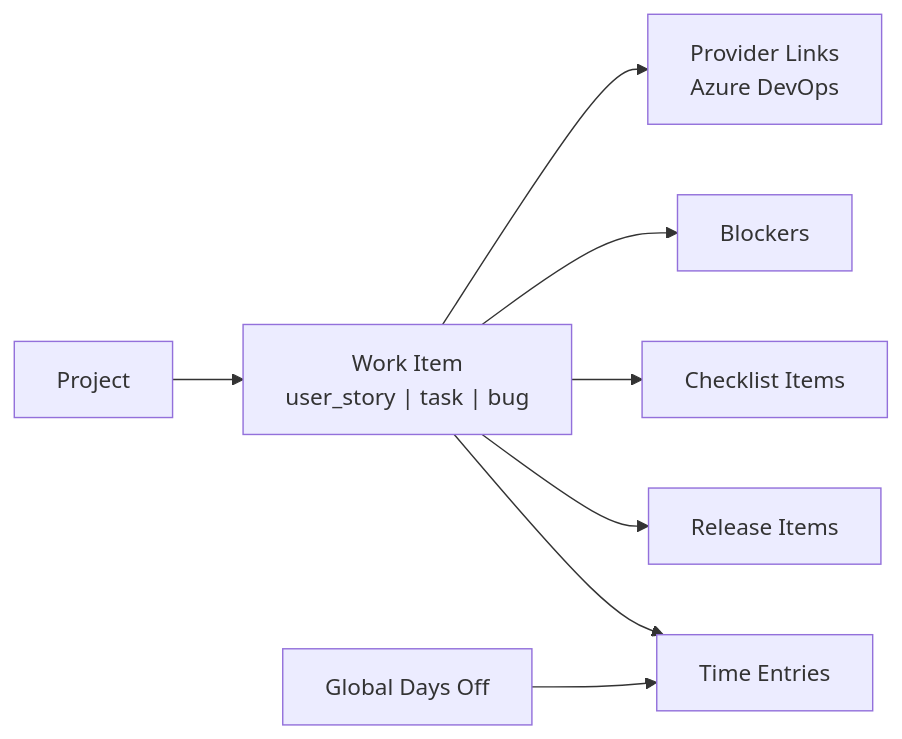
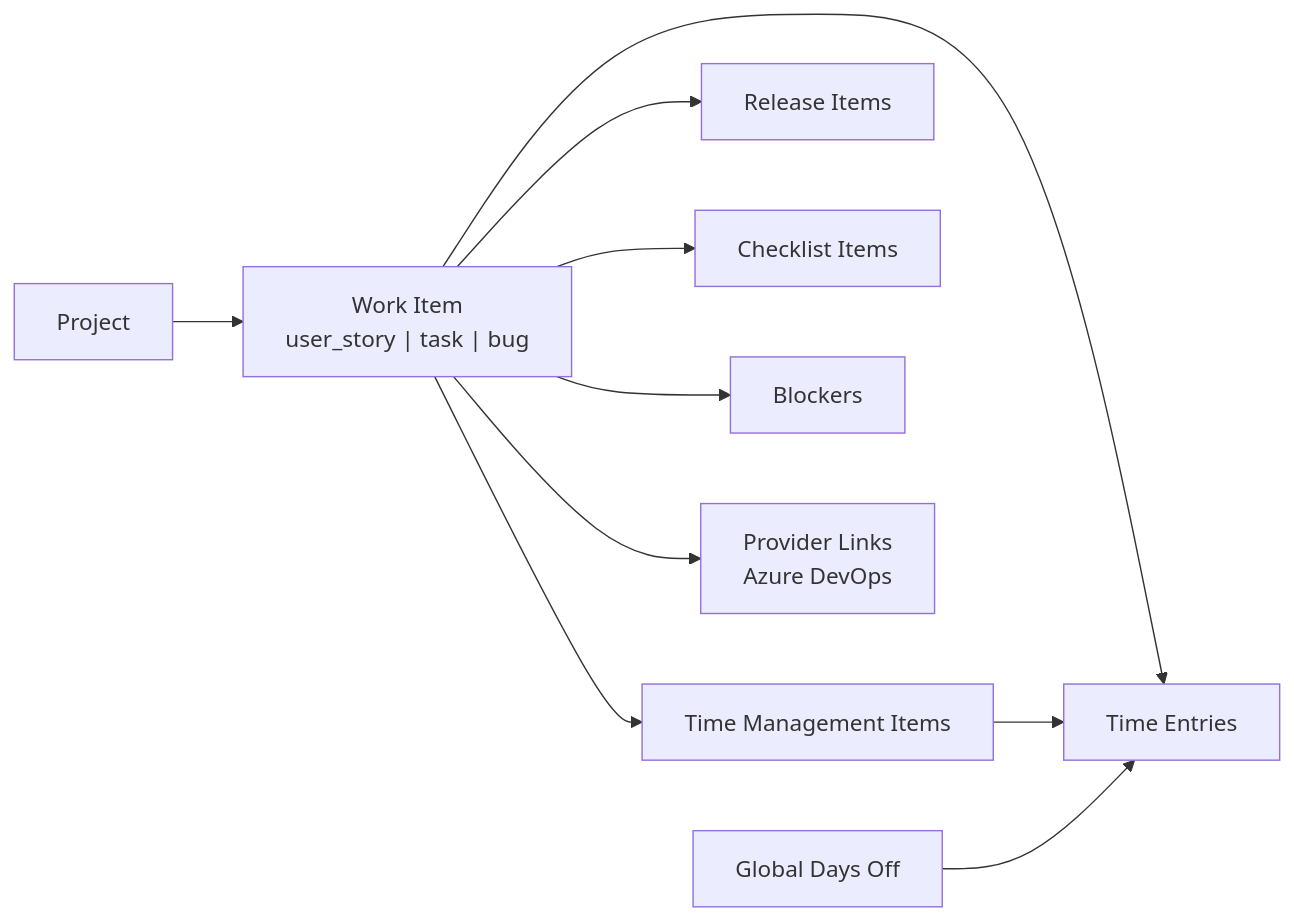
Before and after one commit to alex-de-haas/project-manager: the diagram in docs/features/domain-model.md, drawn with Mermaid. The commit also changed other lines of this file and 18 other files, not shown here.

Commit message:
Remove legacy work item ordering

````diff
--- a/docs/features/domain-model.md
+++ b/docs/features/domain-model.md
@@ -9,19 +9,22 @@
 ```mermaid
 flowchart LR
   Project["Project"]
   WorkItem["Work Item\nuser_story | task | bug"]
+  TimeTracking["Time Management Items"]
   Time["Time Entries"]
   Release["Release Items"]
   Checklist["Checklist Items"]
   Blocker["Blockers"]
   Provider["Provider Links\nAzure DevOps"]
   DaysOff["Global Days Off"]
 
   Project --> WorkItem
+  WorkItem --> TimeTracking
   WorkItem --> Time
+  TimeTracking --> Time
   WorkItem --> Release
   WorkItem --> Checklist
   WorkItem --> Blocker
   WorkItem --> Provider
   DaysOff --> Time
 ```
````
